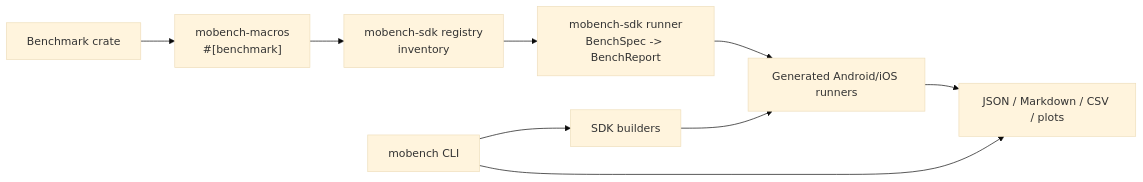
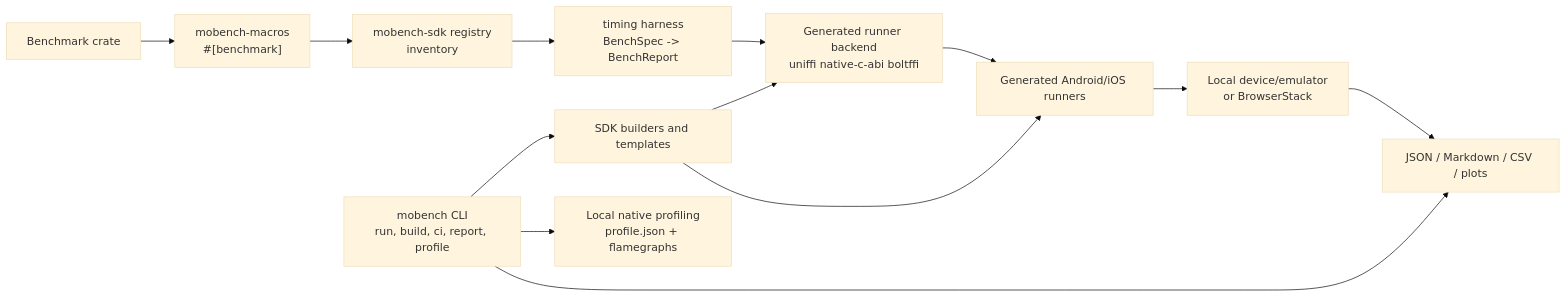
Before and after one commit to worldcoin/mobile-bench-rs: the first of 5 diagrams in README.md, drawn with Mermaid (base theme). The commit also changed other lines of this file and 47 other files, not shown here.

````diff
--- a/README.md
+++ b/README.md
@@ -331,11 +58,29 @@
 ```mermaid
 flowchart LR
-    user["Benchmark crate"] --> macro["mobench-macros\n#[benchmark]"]
-    macro --> registry["mobench-sdk registry\ninventory"]
-    registry --> runner["mobench-sdk runner\nBenchSpec -> BenchReport"]
-    runner --> templates["Generated Android/iOS runners"]
-    cli["mobench CLI"] --> builders["SDK builders"]
-    builders --> templates
-    cli --> reports["JSON / Markdown / CSV / plots"]
-    templates --> reports
+    crate["Benchmark crate"]
+    macros["mobench-macros\n#[benchmark]"]
+    registry["mobench-sdk registry\ninventory"]
+    timing["timing harness\nBenchSpec -> BenchReport"]
+    backend["Generated runner backend\nuniffi native-c-abi boltffi"]
+    runners["Generated Android/iOS runners"]
+    cli["mobench CLI\nrun, build, ci, report, profile"]
+    builders["SDK builders and templates"]
+    device["Local device/emulator\nor BrowserStack"]
+    outputs["JSON / Markdown / CSV / plots"]
+    profiling["Local native profiling\nprofile.json + flamegraphs"]
+
+    crate --> macros
+    macros --> registry
+    registry --> timing
+    timing --> backend
+    backend --> runners
+
+    cli --> builders
+    builders --> backend
+    builders --> runners
+
+    runners --> device
+    device --> outputs
+    cli --> outputs
+    cli --> profiling
 ```
````
